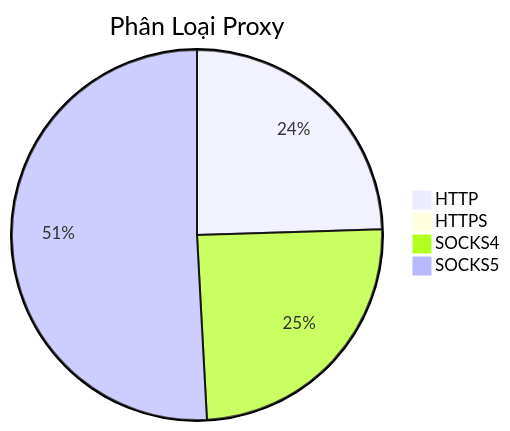
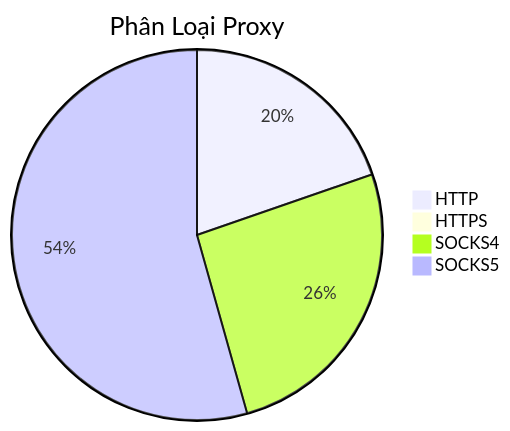
The diagram in README.md (Ciara-Aa/PROXY-free), drawn with Mermaid before and after one commit. The commit also changed other lines of this file and 4 other files, not shown here.

````diff
--- a/README.md
+++ b/README.md
@@ -26,7 +26,7 @@
 ```mermaid
 pie title Phân Loại Proxy
-    "HTTP" : 200
-    "HTTPS" : 1
-    "SOCKS4" : 201
-    "SOCKS5" : 415
+    "HTTP" : 183
+    "HTTPS" : 0
+    "SOCKS4" : 241
+    "SOCKS5" : 505
 ```
````
